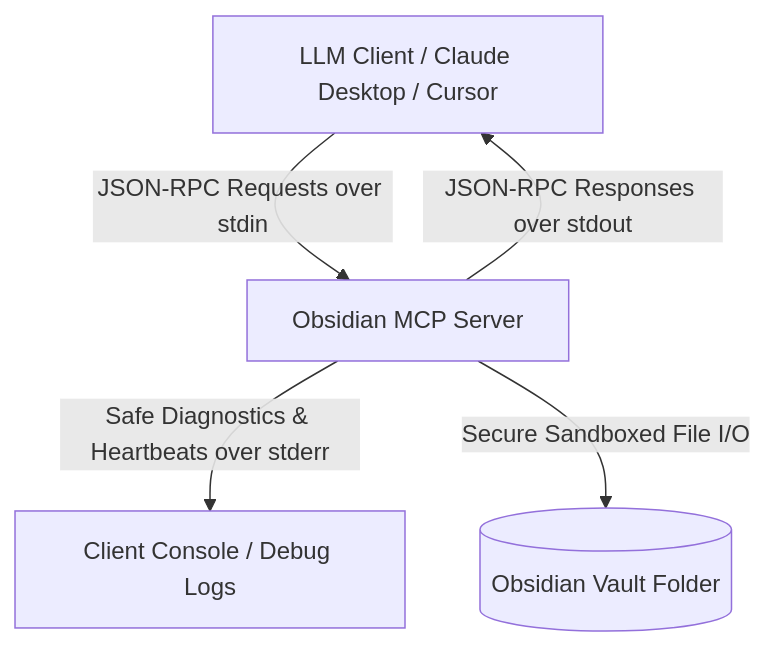
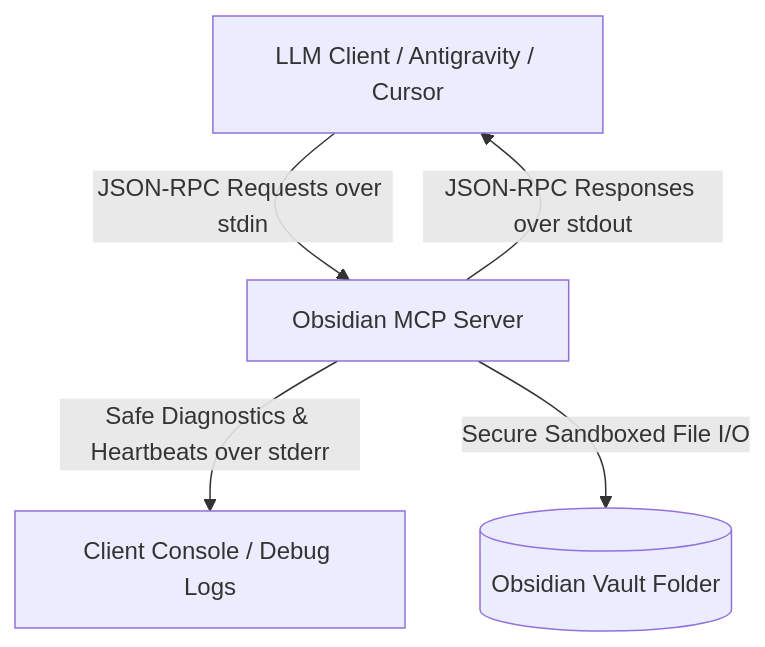
The diagram in README.md (Dahc-Dragyn/Antigravity_Obsidian_MCP), drawn with Mermaid before and after one commit. The commit also changed other lines of this file, not shown here.

Commit message:
docs: add detailed Antigravity AI integration steps to README.md

````diff
--- a/README.md
+++ b/README.md
@@ -18,7 +18,7 @@
 ```mermaid
 graph TD
-    Client[LLM Client / Claude Desktop / Cursor] -- JSON-RPC Requests over stdin --> Server[Obsidian MCP Server]
+    Client[LLM Client / Antigravity / Cursor] -- JSON-RPC Requests over stdin --> Server[Obsidian MCP Server]
     Server -- JSON-RPC Responses over stdout --> Client
     Server -- Safe Diagnostics & Heartbeats over stderr --> ClientLogs[Client Console / Debug Logs]
     Server -- Secure Sandboxed File I/O --> Vault[(Obsidian Vault Folder)]
 ```
````
